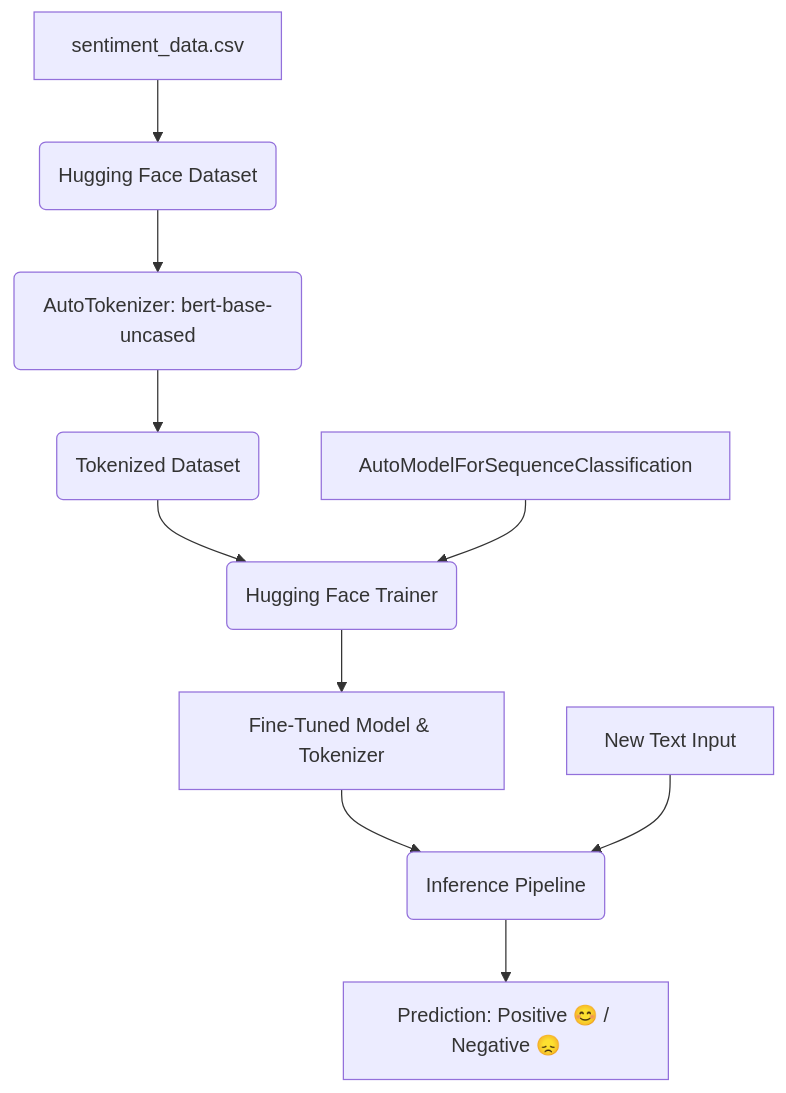
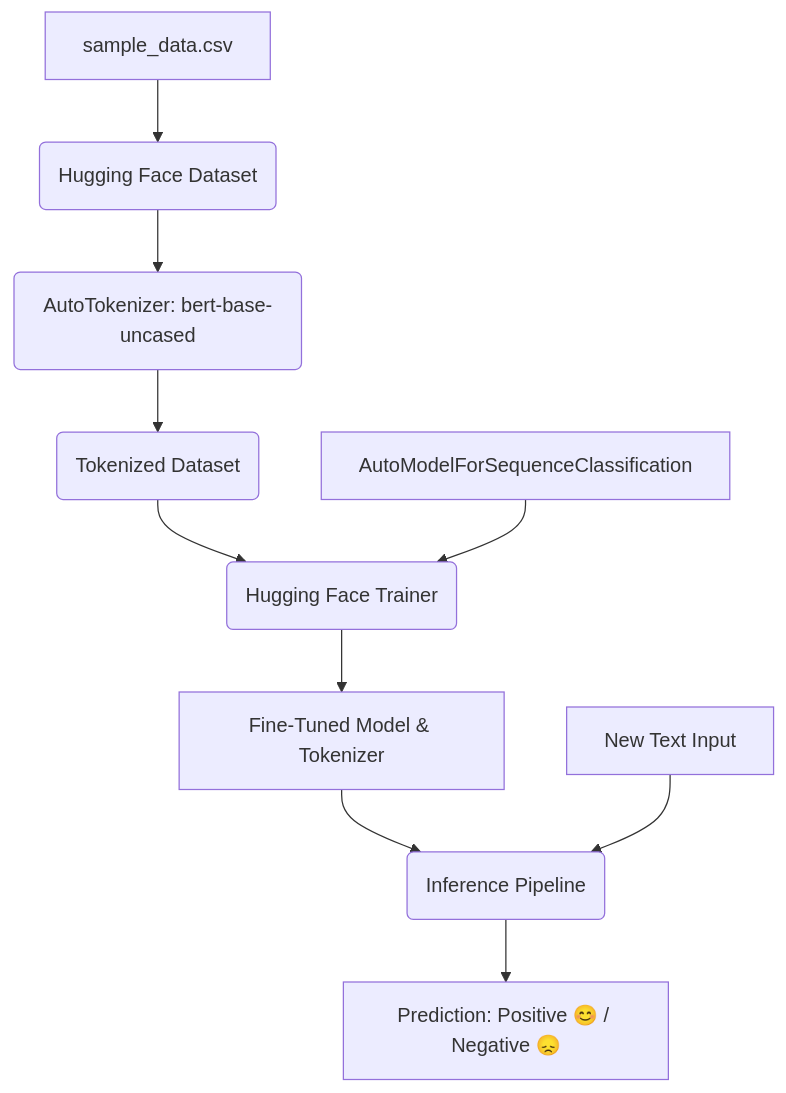
Before and after one commit to Ravish-Paul/Fine-Tune-BERT: the diagram in README.md, drawn with Mermaid. The commit also changed other lines of this file and 3 other files, not shown here.

````diff
--- a/README.md
+++ b/README.md
@@ -28,12 +27,12 @@
 ```mermaid
 graph TD
-    A[sentiment_data.csv] --> B(Hugging Face Dataset)
+    A[sample_data.csv] --> B(Hugging Face Dataset)
     B --> C(AutoTokenizer: bert-base-uncased)
     C --> D(Tokenized Dataset)
     D --> E(Hugging Face Trainer)
     F[AutoModelForSequenceClassification] --> E
     E --> G[Fine-Tuned Model & Tokenizer]
     G --> H(Inference Pipeline)
     I[New Text Input] --> H
     H --> J[Prediction: Positive 😊 / Negative 😞]
 ```
````
